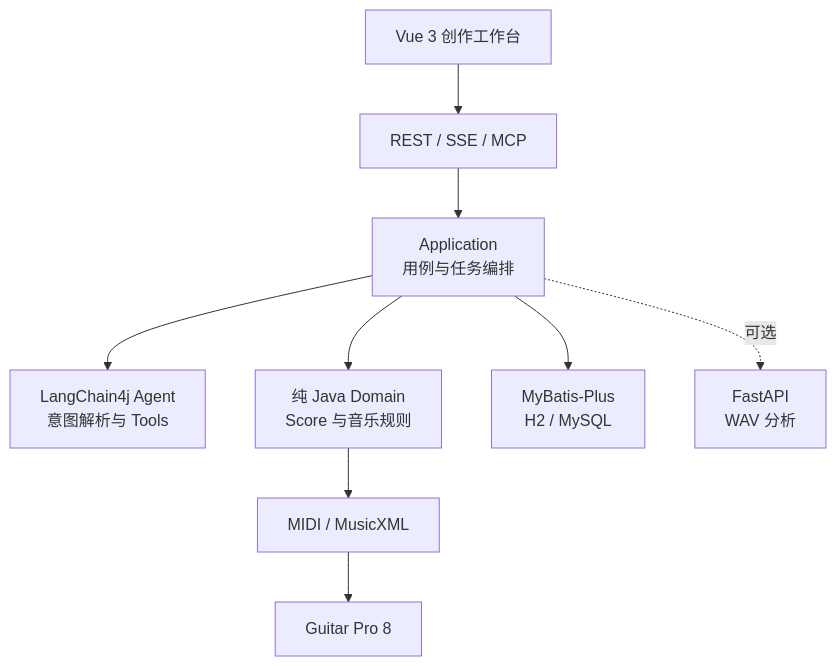
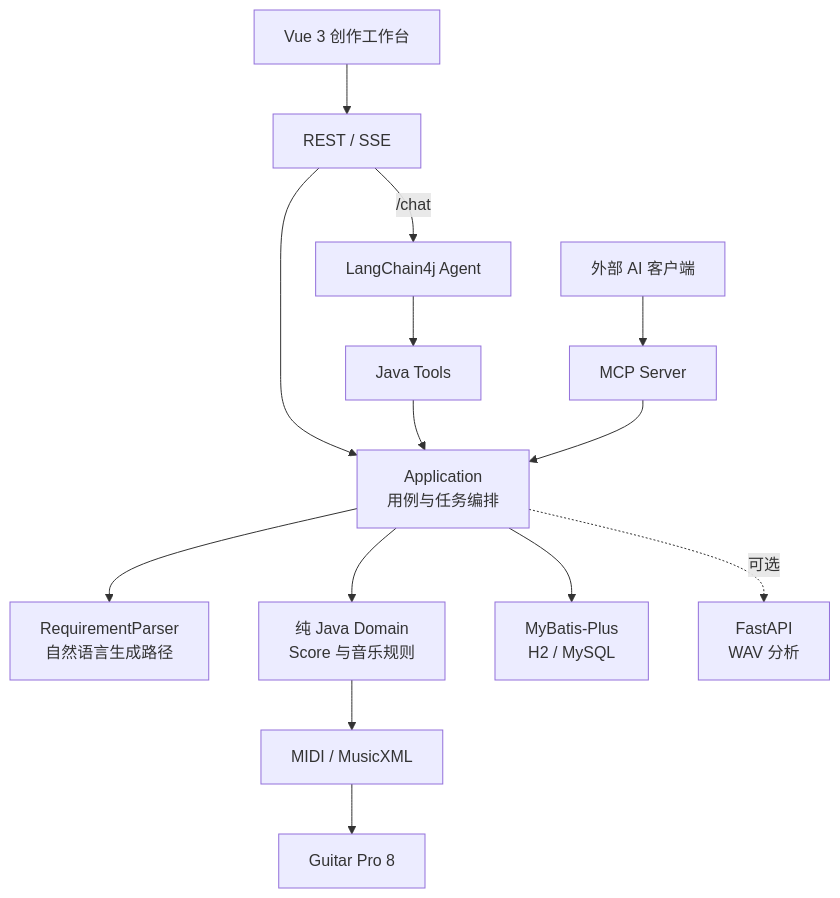
The second of 2 diagrams in README.md (YuiHlk/Music-AI-Agent), drawn with Mermaid before and after one commit. The commit also changed other lines of this file and 31 other files, not shown here.

Commit message:
实现了模型自由切换、避免重复调用，并明确了内部 Agent、MCP 与核心业务的职责边界

````diff
--- a/README.md
+++ b/README.md
@@ -96,11 +97,16 @@
 ```mermaid
 flowchart TB
-    UI["Vue 3 创作工作台"] --> API["REST / SSE / MCP"]
+    UI["Vue 3 创作工作台"] --> API["REST / SSE"]
+    CLIENT["外部 AI 客户端"] --> MCP["MCP Server"]
     API --> APP["Application<br/>用例与任务编排"]
-    APP --> AGENT["LangChain4j Agent<br/>意图解析与 Tools"]
+    API -->|"/chat"| AGENT["LangChain4j Agent"]
+    AGENT --> TOOLS["Java Tools"]
+    TOOLS --> APP
+    MCP --> APP
+    APP --> PARSER["RequirementParser<br/>自然语言生成路径"]
     APP --> DOMAIN["纯 Java Domain<br/>Score 与音乐规则"]
     APP --> STORE["MyBatis-Plus<br/>H2 / MySQL"]
     DOMAIN --> EXPORT["MIDI / MusicXML"]
     EXPORT --> GP["Guitar Pro 8"]
     APP -. "可选" .-> PY["FastAPI<br/>WAV 分析"]
 ```
````
